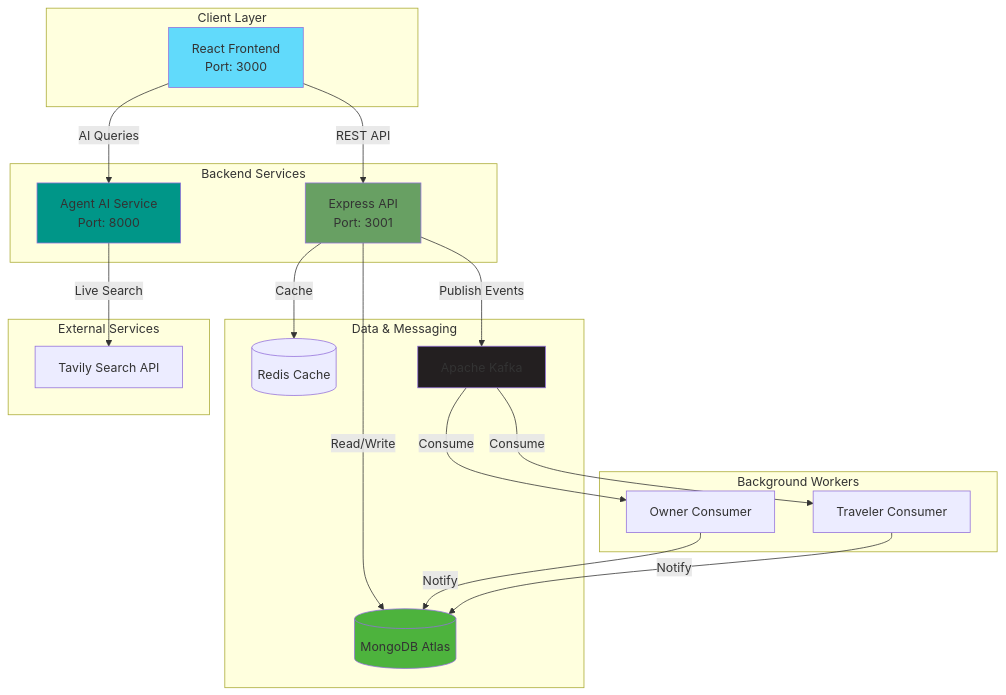
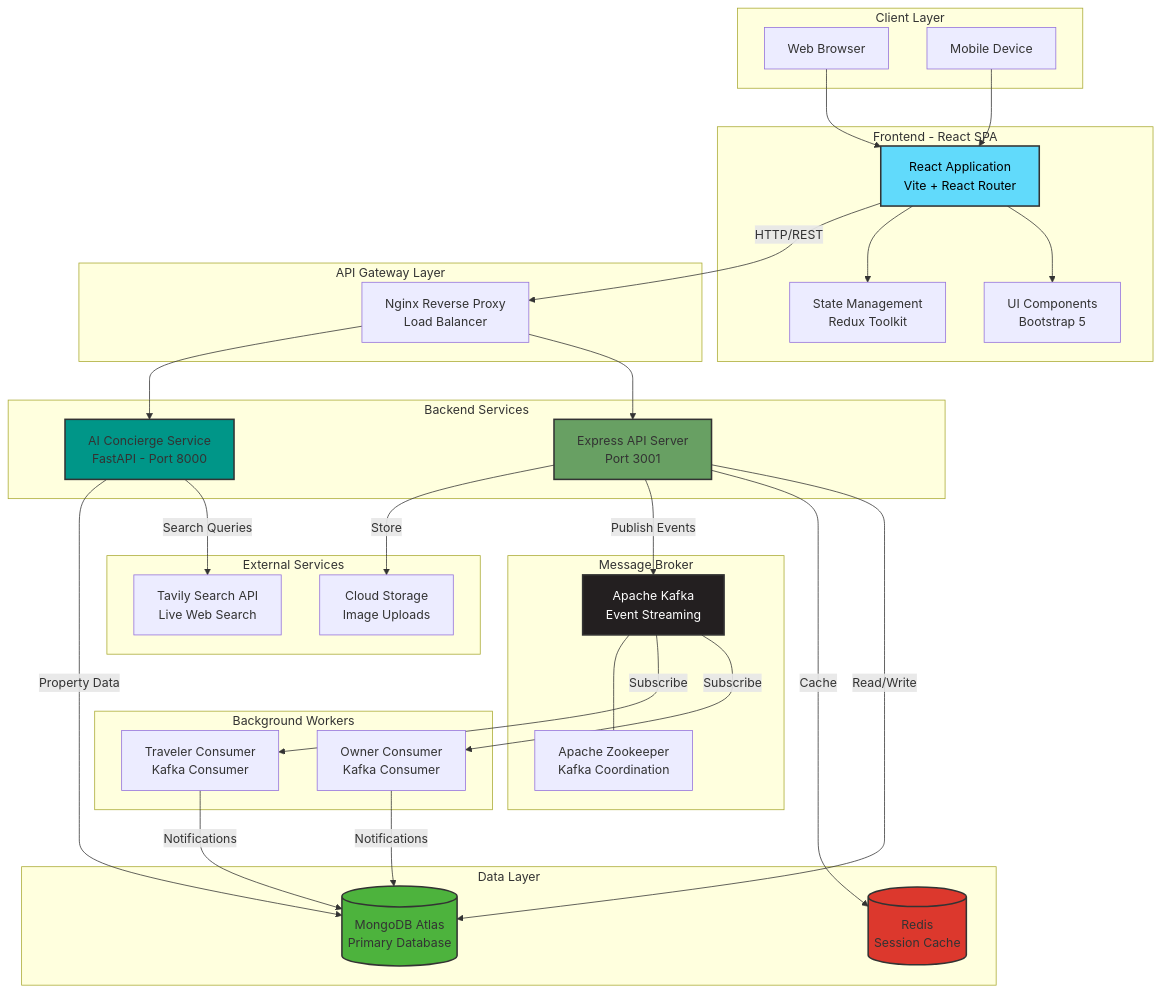
One commit to Shibin506/DATA-236-LAB-1 changed the first of 5 diagrams in README.md. Above: the diagram before and after it, drawn with Mermaid. The commit also changed other lines of this file and 30 other files, not shown here.

````diff
--- a/README.md
+++ b/README.md
@@ -35,43 +91,73 @@
 ```mermaid
-flowchart TB
-    subgraph Client["Client Layer"]
-        FE[React Frontend<br/>Port: 3000]
+graph TB
+    subgraph "Client Layer"
+        WEB[Web Browser]
+        MOBILE[Mobile Device]
     end
 
-    subgraph Backend["Backend Services"]
-        API[Express API<br/>Port: 3001]
-        AGENT[Agent AI Service<br/>Port: 8000]
+    subgraph "Frontend - React SPA"
+        REACT[React Application<br/>Vite + React Router]
+        UI[UI Components<br/>Bootstrap 5]
+        STATE[State Management<br/>Redux Toolkit]
     end
 
-    subgraph DataLayer["Data & Messaging"]
-        MONGO[(MongoDB Atlas)]
-        REDIS[(Redis Cache)]
-        KAFKA[Apache Kafka]
+    subgraph "API Gateway Layer"
+        NGINX[Nginx Reverse Proxy<br/>Load Balancer]
     end
 
-    subgraph Workers["Background Workers"]
-        OWNER[Owner Consumer]
-        TRAVELER[Traveler Consumer]
+    subgraph "Backend Services"
+        API[Express API Server<br/>Port 3001]
+        AGENT[AI Concierge Service<br/>FastAPI - Port 8000]
     end
 
-    subgraph External["External Services"]
-        TAVILY[Tavily Search API]
+    subgraph "Background Workers"
+        OWNER_WORKER[Owner Consumer<br/>Kafka Consumer]
+        TRAVELER_WORKER[Traveler Consumer<br/>Kafka Consumer]
     end
 
-    FE -->|REST API| API
-    FE -->|AI Queries| AGENT
-    API -->|Read/Write| MONGO
-    API -->|Cache| REDIS
-    API -->|Publish Events| KAFKA
-    KAFKA -->|Consume| OWNER
-    KAFKA -->|Consume| TRAVELER
-    OWNER -->|Notify| MONGO
-    TRAVELER -->|Notify| MONGO
-    AGENT -->|Live Search| TAVILY
+    subgraph "Message Broker"
+        KAFKA[Apache Kafka<br/>Event Streaming]
+        ZOOKEEPER[Apache Zookeeper<br/>Kafka Coordination]
+    end
 
-    style FE fill:#61dafb
-    style API fill:#68a063
-    style AGENT fill:#009688
-    style KAFKA fill:#231f20
-    style MONGO fill:#4db33d
+    subgraph "Data Layer"
+        MONGO[(MongoDB Atlas<br/>Primary Database)]
+        REDIS[(Redis<br/>Session Cache)]
+    end
+
+    subgraph "External Services"
+        TAVILY[Tavily Search API<br/>Live Web Search]
+        STORAGE[Cloud Storage<br/>Image Uploads]
+    end
+
+    WEB --> REACT
+    MOBILE --> REACT
+    REACT --> UI
+    REACT --> STATE
+    REACT --> |HTTP/REST| NGINX
+    NGINX --> API
+    NGINX --> AGENT
+    
+    API --> |Read/Write| MONGO
+    API --> |Cache| REDIS
+    API --> |Publish Events| KAFKA
+    
+    KAFKA --> |Subscribe| OWNER_WORKER
+    KAFKA --> |Subscribe| TRAVELER_WORKER
+    KAFKA --- ZOOKEEPER
+    
+    OWNER_WORKER --> |Notifications| MONGO
+    TRAVELER_WORKER --> |Notifications| MONGO
+    
+    AGENT --> |Search Queries| TAVILY
+    AGENT --> |Property Data| MONGO
+    
+    API --> |Store| STORAGE
+
+    style REACT fill:#61dafb,stroke:#333,stroke-width:2px,color:#000
+    style API fill:#68a063,stroke:#333,stroke-width:2px
+    style AGENT fill:#009688,stroke:#333,stroke-width:2px
+    style KAFKA fill:#231f20,stroke:#333,stroke-width:2px,color:#fff
+    style MONGO fill:#4db33d,stroke:#333,stroke-width:2px
+    style REDIS fill:#dc382d,stroke:#333,stroke-width:2px
 ```
````
